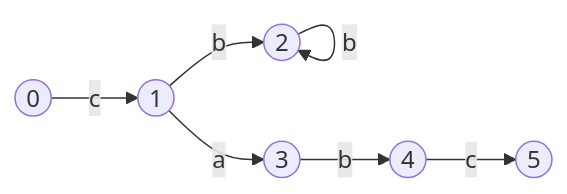
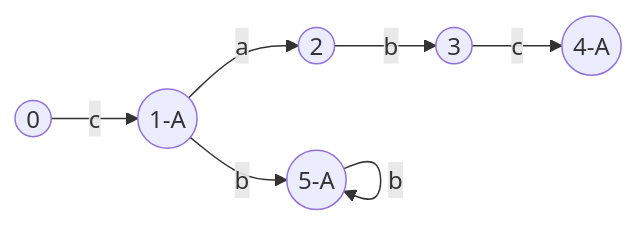
Before and after one commit to RockRockWhite/RLex: the second of 4 diagrams in README.md, drawn with Mermaid. The commit also changed other lines of this file and 3 other files, not shown here.

Commit message:
mark acceptable in mermaid

````diff
--- a/README.md
+++ b/README.md
@@ -57,16 +57,16 @@
 ```mermaid
 graph LR
 0((0))
-1((1))
+1((1-A))
 2((2))
 3((3))
-4((4))
-5((5))
+4((4-A))
+5((5-A))
 
-2--b-->2
-1--b-->2
-4--c-->5
-3--b-->4
-1--a-->3
+3--c-->4
+2--b-->3
+1--a-->2
+5--b-->5
+1--b-->5
 0--c-->1
 ```
````
